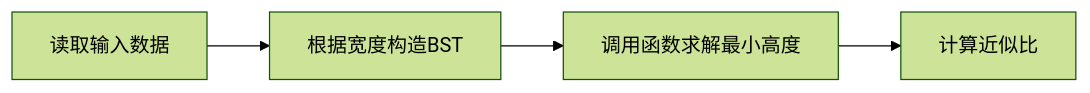
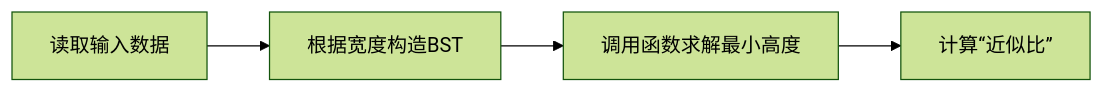
The first of 3 diagrams in P6/document/p6.md (ffy6511/ADS_project), drawn with Mermaid (forest theme) before and after one commit. The commit also changed other lines of this file and 29 other files, not shown here.

````diff
--- a/P6/document/p6.md
+++ b/P6/document/p6.md
@@ -81,6 +84,6 @@
 ```mermaid
 graph LR
 A[读取输入数据] --> B[根据宽度构造BST]
 B --> C[调用函数求解最小高度]
-C --> D[计算近似比]
+C --> D[计算“近似比”]
 ```
````
